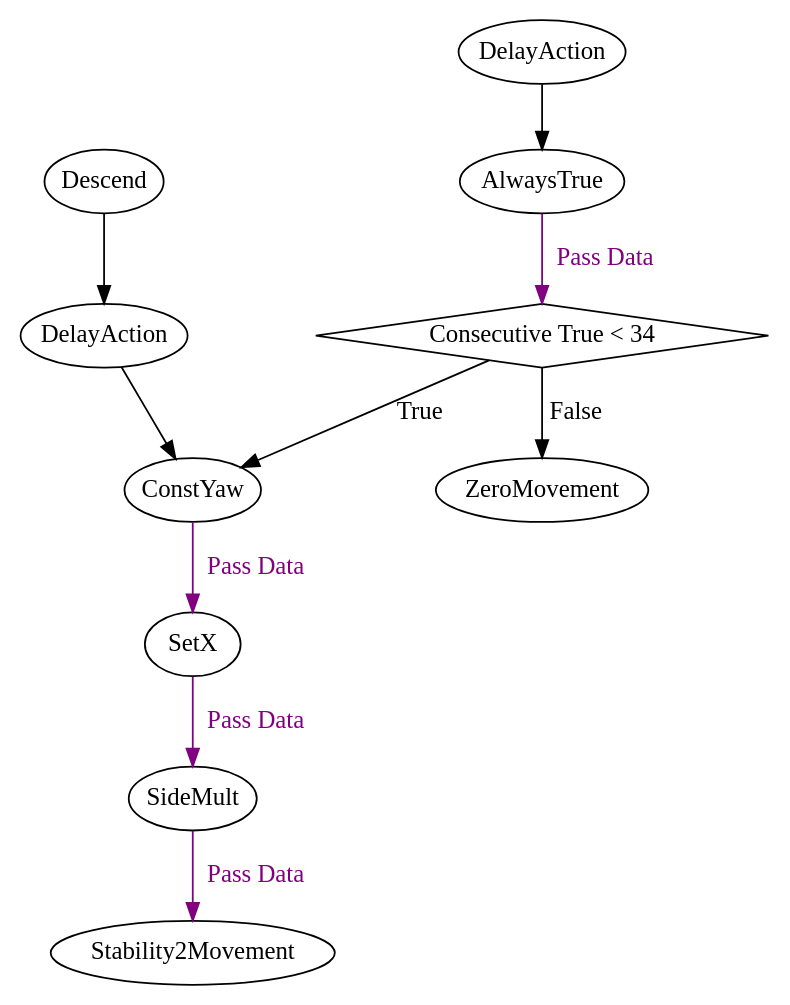
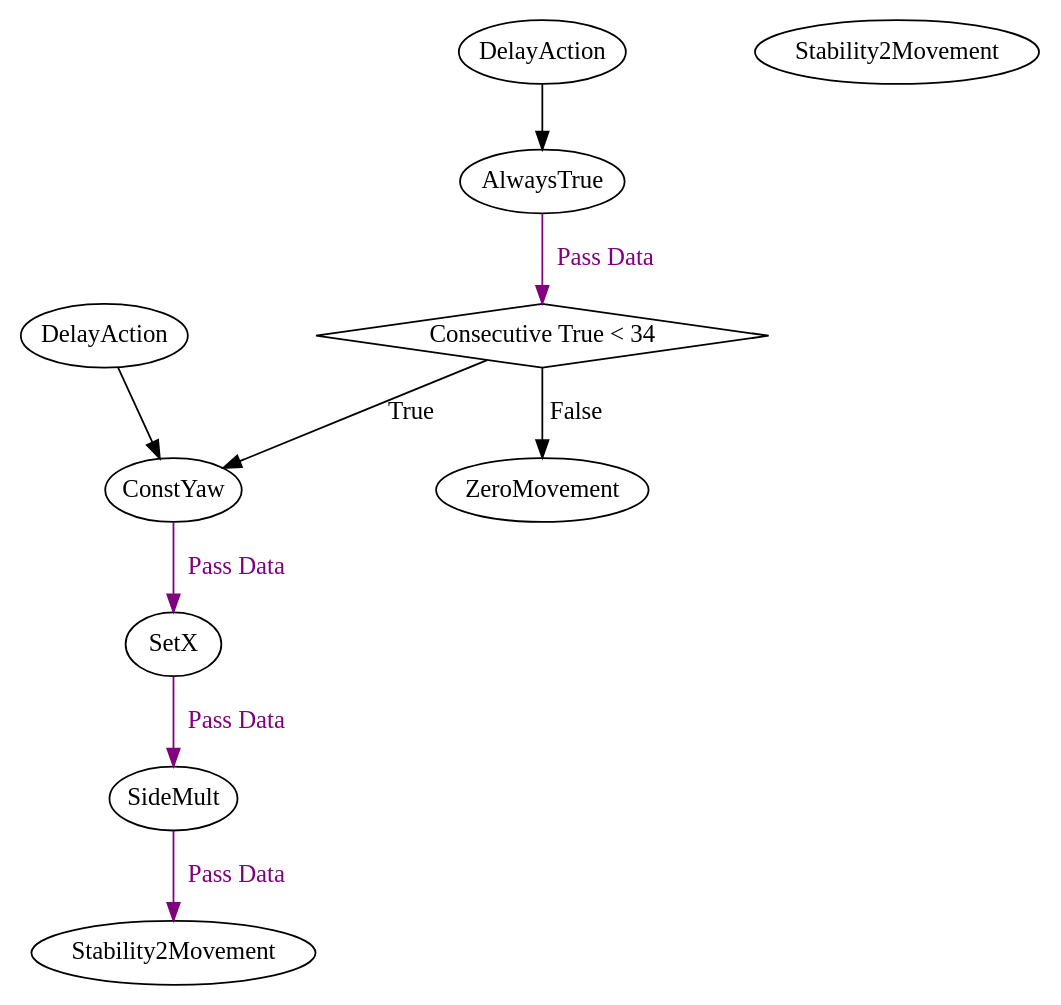
Before and after one commit to ncsurobotics/SW8S-Rust: the diagram in graphs/day_4_am_2024/circle_buoy/buoy_circle_sequence_blind.dot, drawn with Graphviz. The commit also changed 25 other files, not shown here.

```diff
--- a/graphs/day_4_am_2024/circle_buoy/buoy_circle_sequence_blind.dot
+++ b/graphs/day_4_am_2024/circle_buoy/buoy_circle_sequence_blind.dot
@@ -1,25 +1,24 @@
 digraph G {
 	splines = true;
 	nodesep = 1.0;
 	bgcolor = "none"
-	"8adf61c4-dceb-4826-b3fc-b3e57b5ea1d2" [shape = diamond];
-	"7f65c453-6e95-4190-92e4-a8919fc32fa3" -> "423bf1bf-c3b7-4224-acfd-1da0c5cfa931" [color = purple, fontcolor = purple, label = "Pass Data"];
-	"07a82d9b-ebc5-4055-ab40-d6a38fb175c3" -> "7f65c453-6e95-4190-92e4-a8919fc32fa3" [color = purple, fontcolor = purple, label = "Pass Data"];
-	"dd080439-dca6-4588-85a9-5b48822c7fb1" -> "07a82d9b-ebc5-4055-ab40-d6a38fb175c3" [color = purple, fontcolor = purple, label = "Pass Data"];
-	"8a9c00ae-3414-4f6b-9c83-f19d49fb9951" -> "8adf61c4-dceb-4826-b3fc-b3e57b5ea1d2" [color = purple, fontcolor = purple, label = "Pass Data"];
-	"131916eb-0928-4764-87f6-fddfb123b437" -> "8a9c00ae-3414-4f6b-9c83-f19d49fb9951" ;
-	"8adf61c4-dceb-4826-b3fc-b3e57b5ea1d2" -> "dd080439-dca6-4588-85a9-5b48822c7fb1" [label = "True"];
-	"8adf61c4-dceb-4826-b3fc-b3e57b5ea1d2" -> "7cf90eb4-34b3-4315-9ceb-8b10d1fe8362" [label = "False"];
-	"3e981a74-b1ba-4c67-8e25-f85390f247a3" -> "dd080439-dca6-4588-85a9-5b48822c7fb1" ;
-	"638a60d6-2e0f-4219-8fc3-c3b802f77f3f" -> "3e981a74-b1ba-4c67-8e25-f85390f247a3" ;
-	"638a60d6-2e0f-4219-8fc3-c3b802f77f3f" [label = "Descend", margin = 0];
-	"3e981a74-b1ba-4c67-8e25-f85390f247a3" [label = "DelayAction", margin = 0];
-	"dd080439-dca6-4588-85a9-5b48822c7fb1" [label = "ConstYaw", margin = 0];
-	"07a82d9b-ebc5-4055-ab40-d6a38fb175c3" [label = "SetX", margin = 0];
-	"7f65c453-6e95-4190-92e4-a8919fc32fa3" [label = "SideMult", margin = 0];
-	"423bf1bf-c3b7-4224-acfd-1da0c5cfa931" [label = "Stability2Movement", margin = 0];
-	"131916eb-0928-4764-87f6-fddfb123b437" [label = "DelayAction", margin = 0];
-	"8a9c00ae-3414-4f6b-9c83-f19d49fb9951" [label = "AlwaysTrue", margin = 0];
-	"8adf61c4-dceb-4826-b3fc-b3e57b5ea1d2" [label = "Consecutive True < 34", margin = 0];
-	"7cf90eb4-34b3-4315-9ceb-8b10d1fe8362" [label = "ZeroMovement", margin = 0];
+	"8d34a067-6c00-4503-8004-1e788ab652cb" [shape = diamond];
+	"370f1e82-61c4-49ec-9b27-90d9fa030c6a" -> "1612fe41-4d53-4c77-a031-4a0f0ad4e52e" [color = purple, fontcolor = purple, label = "Pass Data"];
+	"40c075e7-bd77-43f9-b4b8-09aaca8be5a2" -> "370f1e82-61c4-49ec-9b27-90d9fa030c6a" [color = purple, fontcolor = purple, label = "Pass Data"];
+	"55bdacc1-26f7-4688-826c-150eaac15bcf" -> "40c075e7-bd77-43f9-b4b8-09aaca8be5a2" [color = purple, fontcolor = purple, label = "Pass Data"];
+	"045c1a89-7921-40e3-a8c1-b9547fc9ce3a" -> "8d34a067-6c00-4503-8004-1e788ab652cb" [color = purple, fontcolor = purple, label = "Pass Data"];
+	"513e567f-25c3-4334-8e2e-181040d266d0" -> "045c1a89-7921-40e3-a8c1-b9547fc9ce3a" ;
+	"8d34a067-6c00-4503-8004-1e788ab652cb" -> "55bdacc1-26f7-4688-826c-150eaac15bcf" [label = "True"];
+	"8d34a067-6c00-4503-8004-1e788ab652cb" -> "c76e9cf7-a07d-4de5-87d9-1bd8d962e36a" [label = "False"];
+	"a41d204e-bea2-4b07-b263-db167ba0ab7b" -> "55bdacc1-26f7-4688-826c-150eaac15bcf" ;
+	"f079e50f-6ad4-4cb9-9647-2493f29b360a" [label = "Stability2Movement", margin = 0];
+	"a41d204e-bea2-4b07-b263-db167ba0ab7b" [label = "DelayAction", margin = 0];
+	"55bdacc1-26f7-4688-826c-150eaac15bcf" [label = "ConstYaw", margin = 0];
+	"40c075e7-bd77-43f9-b4b8-09aaca8be5a2" [label = "SetX", margin = 0];
+	"370f1e82-61c4-49ec-9b27-90d9fa030c6a" [label = "SideMult", margin = 0];
+	"1612fe41-4d53-4c77-a031-4a0f0ad4e52e" [label = "Stability2Movement", margin = 0];
+	"513e567f-25c3-4334-8e2e-181040d266d0" [label = "DelayAction", margin = 0];
+	"045c1a89-7921-40e3-a8c1-b9547fc9ce3a" [label = "AlwaysTrue", margin = 0];
+	"8d34a067-6c00-4503-8004-1e788ab652cb" [label = "Consecutive True < 34", margin = 0];
+	"c76e9cf7-a07d-4de5-87d9-1bd8d962e36a" [label = "ZeroMovement", margin = 0];
 }
```
